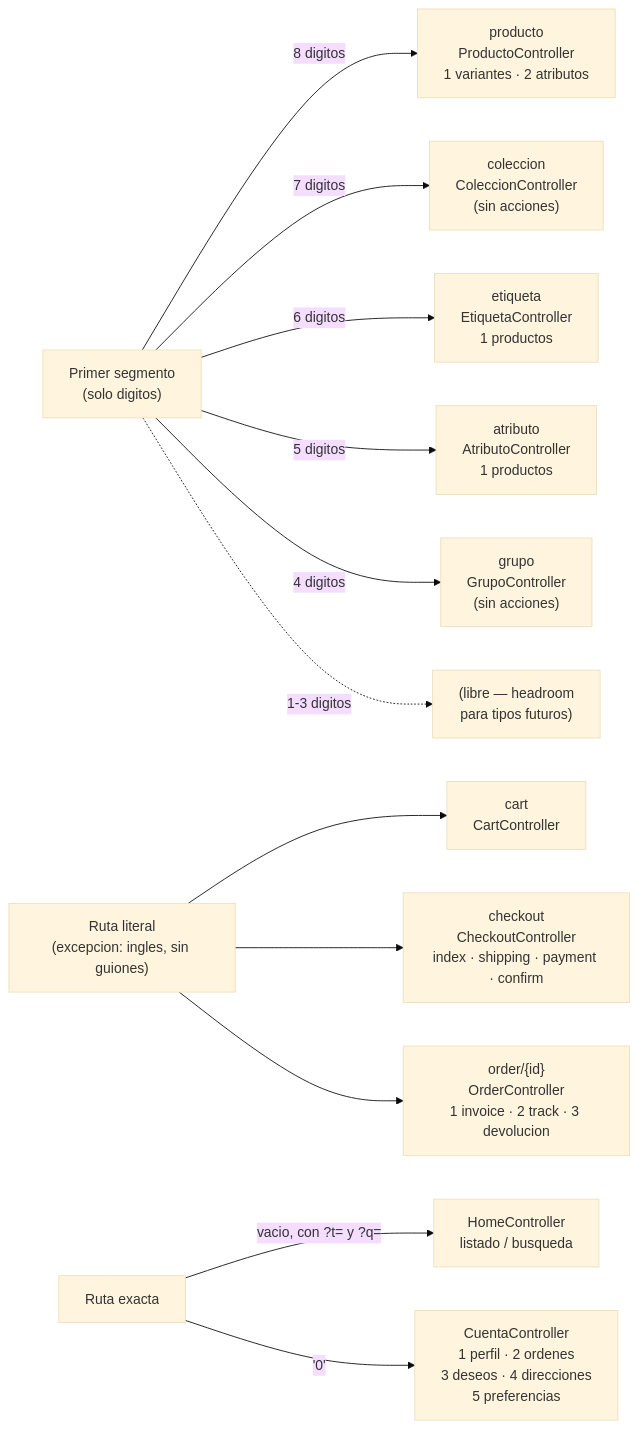
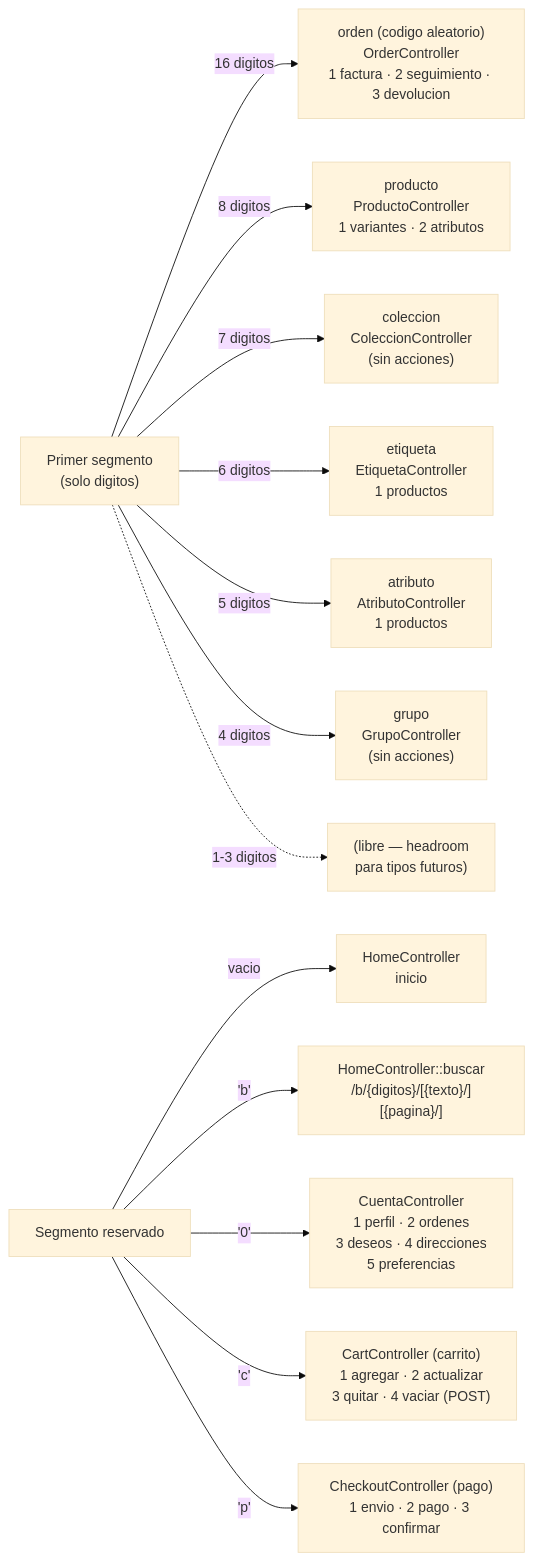
One commit to lol-protocol/php changed the diagram in url-routing/docs/diagrams/tipos-pos.mmd. Above: the diagram before and after it, drawn with Mermaid (base theme). The commit also changed 70 other files, not shown here.

```diff
--- a/url-routing/docs/diagrams/tipos-pos.mmd
+++ b/url-routing/docs/diagrams/tipos-pos.mmd
@@ -1,16 +1,16 @@
 flowchart LR
     seg["Primer segmento\n(solo digitos)"]
 
+    seg -->|16 digitos| orden["orden (codigo aleatorio)\nOrderController\n1 factura · 2 seguimiento · 3 devolucion"]
     seg -->|8 digitos| producto["producto\nProductoController\n1 variantes · 2 atributos"]
     seg -->|7 digitos| coleccion["coleccion\nColeccionController\n(sin acciones)"]
     seg -->|6 digitos| etiqueta["etiqueta\nEtiquetaController\n1 productos"]
     seg -->|5 digitos| atributo["atributo\nAtributoController\n1 productos"]
     seg -->|4 digitos| grupo["grupo\nGrupoController\n(sin acciones)"]
     seg -.->|1-3 digitos| libre["(libre — headroom\npara tipos futuros)"]
 
-    literal["Ruta literal\n(excepcion: ingles, sin guiones)"] --> cart["cart\nCartController"]
-    literal --> checkout["checkout\nCheckoutController\nindex · shipping · payment · confirm"]
-    literal --> order["order/{id}\nOrderController\n1 invoice · 2 track · 3 devolucion"]
-
-    reservado["Ruta exacta"] -->|vacio, con ?t= y ?q=| home["HomeController\nlistado / busqueda"]
+    reservado["Segmento reservado"] -->|vacio| home["HomeController\ninicio"]
+    reservado -->|'b'| busqueda["HomeController::buscar\n/b/{digitos}/[{texto}/][{pagina}/]"]
     reservado -->|'0'| cuenta["CuentaController\n1 perfil · 2 ordenes\n3 deseos · 4 direcciones\n5 preferencias"]
+    reservado -->|'c'| cart["CartController (carrito)\n1 agregar · 2 actualizar\n3 quitar · 4 vaciar (POST)"]
+    reservado -->|'p'| checkout["CheckoutController (pago)\n1 envio · 2 pago · 3 confirmar"]
```
